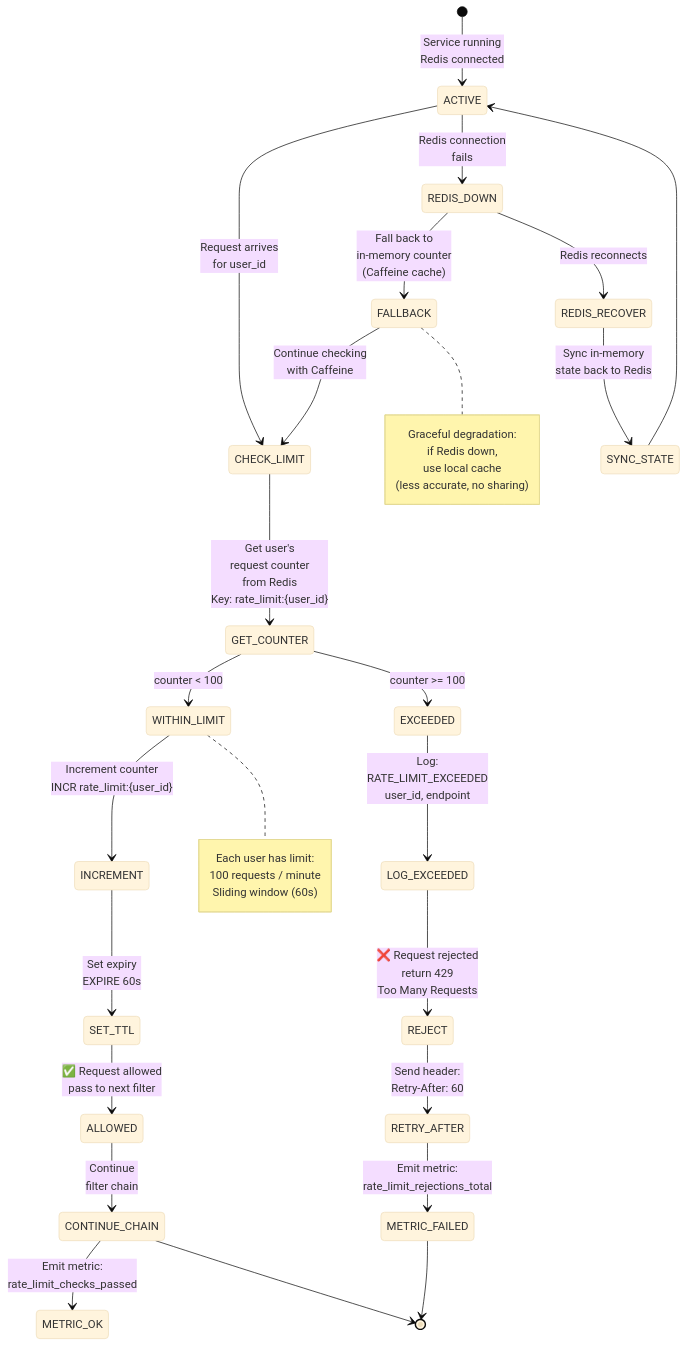
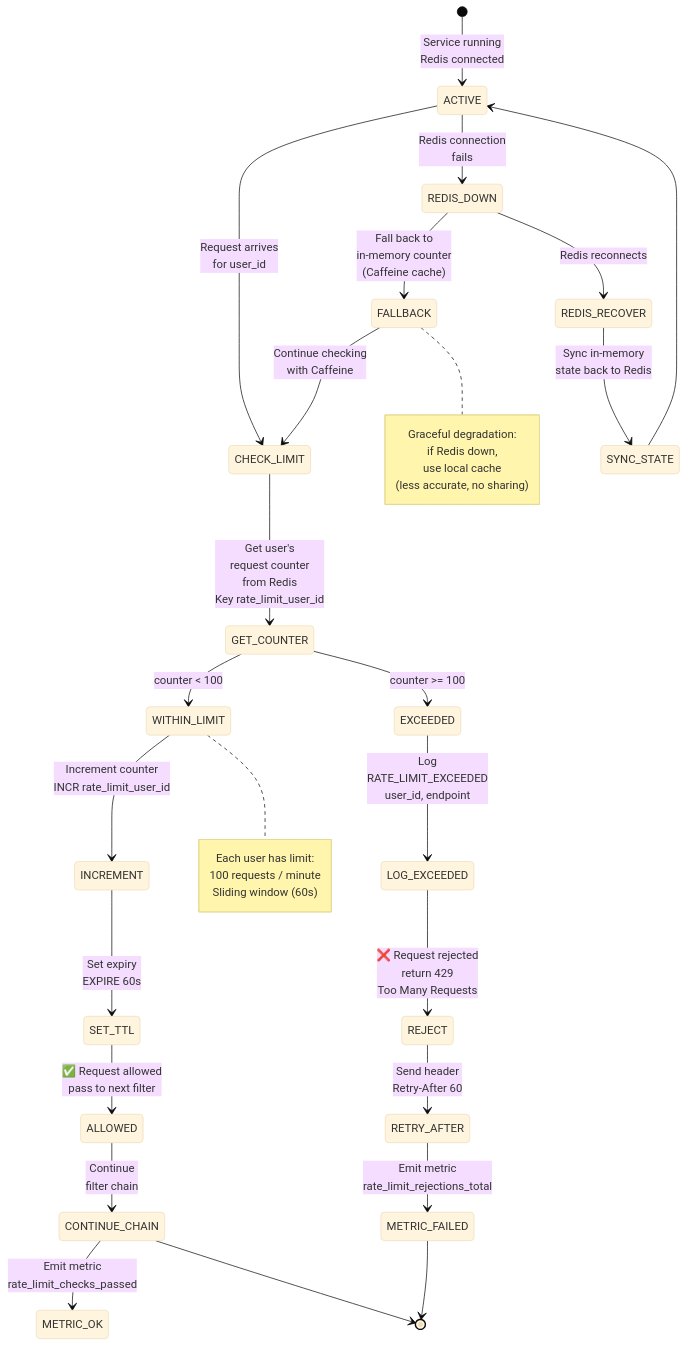
One commit to sunitakeazycommerz-a11y/InstaCommerce changed the fourth of 6 diagrams in docs/services/admin-gateway-service/diagrams-v2/05-state-machine.md. Above: the diagram before and after it, drawn with Mermaid (base theme). The commit also changed other lines of this file and 13 other files, not shown here.

````diff
--- a/docs/services/admin-gateway-service/diagrams-v2/05-state-machine.md
+++ b/docs/services/admin-gateway-service/diagrams-v2/05-state-machine.md
@@ -224,58 +224,58 @@
 ```mermaid
 stateDiagram-v2
     [*] --> ACTIVE: Service running<br/>Redis connected
 
     ACTIVE --> CHECK_LIMIT: Request arrives<br/>for user_id
 
-    CHECK_LIMIT --> GET_COUNTER: Get user's<br/>request counter<br/>from Redis<br/>Key: rate_limit:{user_id}
+    CHECK_LIMIT --> GET_COUNTER: Get user's<br/>request counter<br/>from Redis<br/>Key rate_limit_user_id
 
     GET_COUNTER --> WITHIN_LIMIT: counter < 100
 
     GET_COUNTER --> EXCEEDED: counter >= 100
 
-    WITHIN_LIMIT --> INCREMENT: Increment counter<br/>INCR rate_limit:{user_id}
+    WITHIN_LIMIT --> INCREMENT: Increment counter<br/>INCR rate_limit_user_id
 
     INCREMENT --> SET_TTL: Set expiry<br/>EXPIRE 60s
 
     SET_TTL --> ALLOWED: ✅ Request allowed<br/>pass to next filter
 
     ALLOWED --> CONTINUE_CHAIN: Continue<br/>filter chain
 
-    EXCEEDED --> LOG_EXCEEDED: Log:<br/>RATE_LIMIT_EXCEEDED<br/>user_id, endpoint
+    EXCEEDED --> LOG_EXCEEDED: Log<br/>RATE_LIMIT_EXCEEDED<br/>user_id, endpoint
 
     LOG_EXCEEDED --> REJECT: ❌ Request rejected<br/>return 429<br/>Too Many Requests
 
-    REJECT --> RETRY_AFTER: Send header:<br/>Retry-After: 60
+    REJECT --> RETRY_AFTER: Send header<br/>Retry-After 60
 
-    CONTINUE_CHAIN --> METRIC_OK: Emit metric:<br/>rate_limit_checks_passed
+    CONTINUE_CHAIN --> METRIC_OK: Emit metric<br/>rate_limit_checks_passed
 
-    RETRY_AFTER --> METRIC_FAILED: Emit metric:<br/>rate_limit_rejections_total
+    RETRY_AFTER --> METRIC_FAILED: Emit metric<br/>rate_limit_rejections_total
 
     CONTINUE_CHAIN --> [*]
     METRIC_FAILED --> [*]
 
     ACTIVE --> REDIS_DOWN: Redis connection<br/>fails
 
     REDIS_DOWN --> FALLBACK: Fall back to<br/>in-memory counter<br/>(Caffeine cache)
 
     FALLBACK --> CHECK_LIMIT: Continue checking<br/>with Caffeine
 
     REDIS_DOWN --> REDIS_RECOVER: Redis reconnects
 
     REDIS_RECOVER --> SYNC_STATE: Sync in-memory<br/>state back to Redis
 
     SYNC_STATE --> ACTIVE
 
     note right of WITHIN_LIMIT
         Each user has limit:
         100 requests / minute
         Sliding window (60s)
     end note
 
     note right of FALLBACK
         Graceful degradation:
         if Redis down,
         use local cache
         (less accurate, no sharing)
     end note
 ```
````
